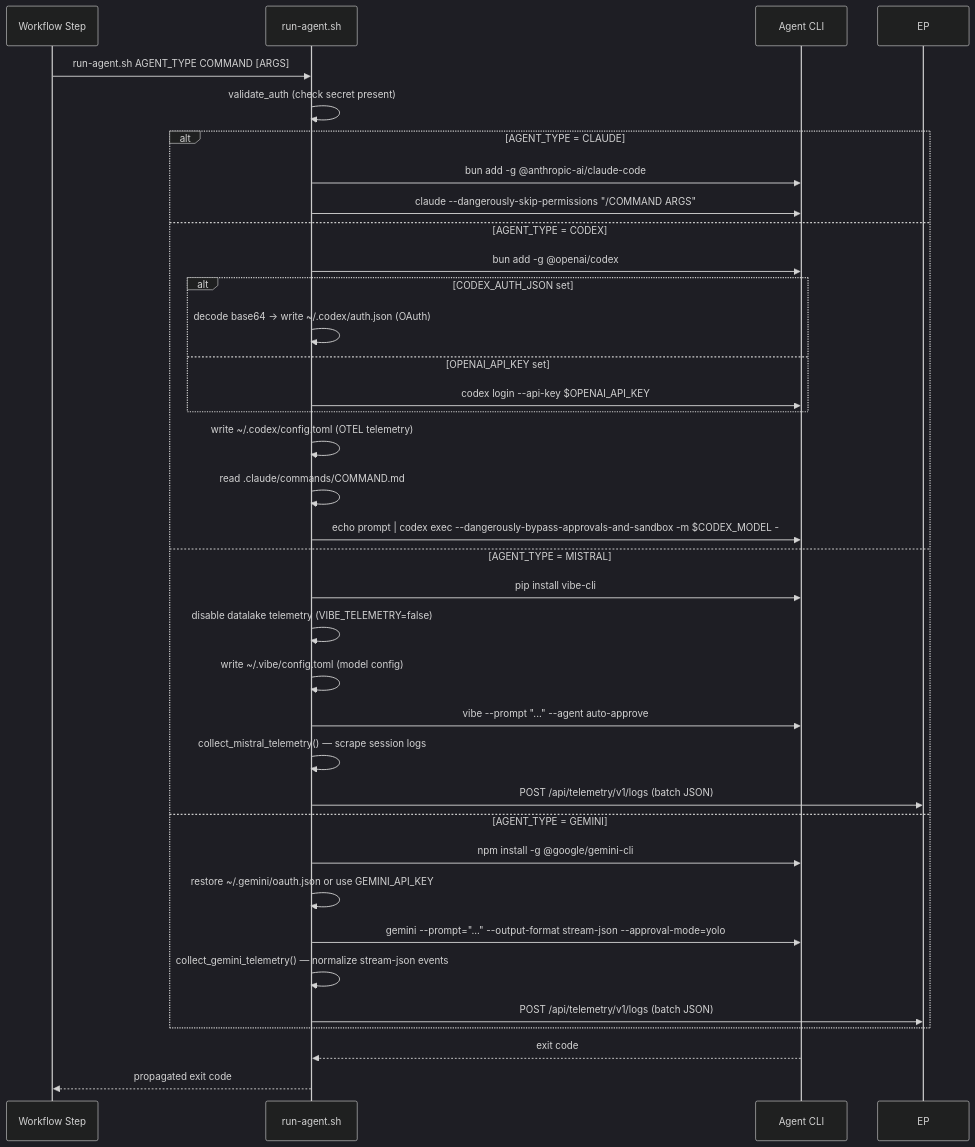
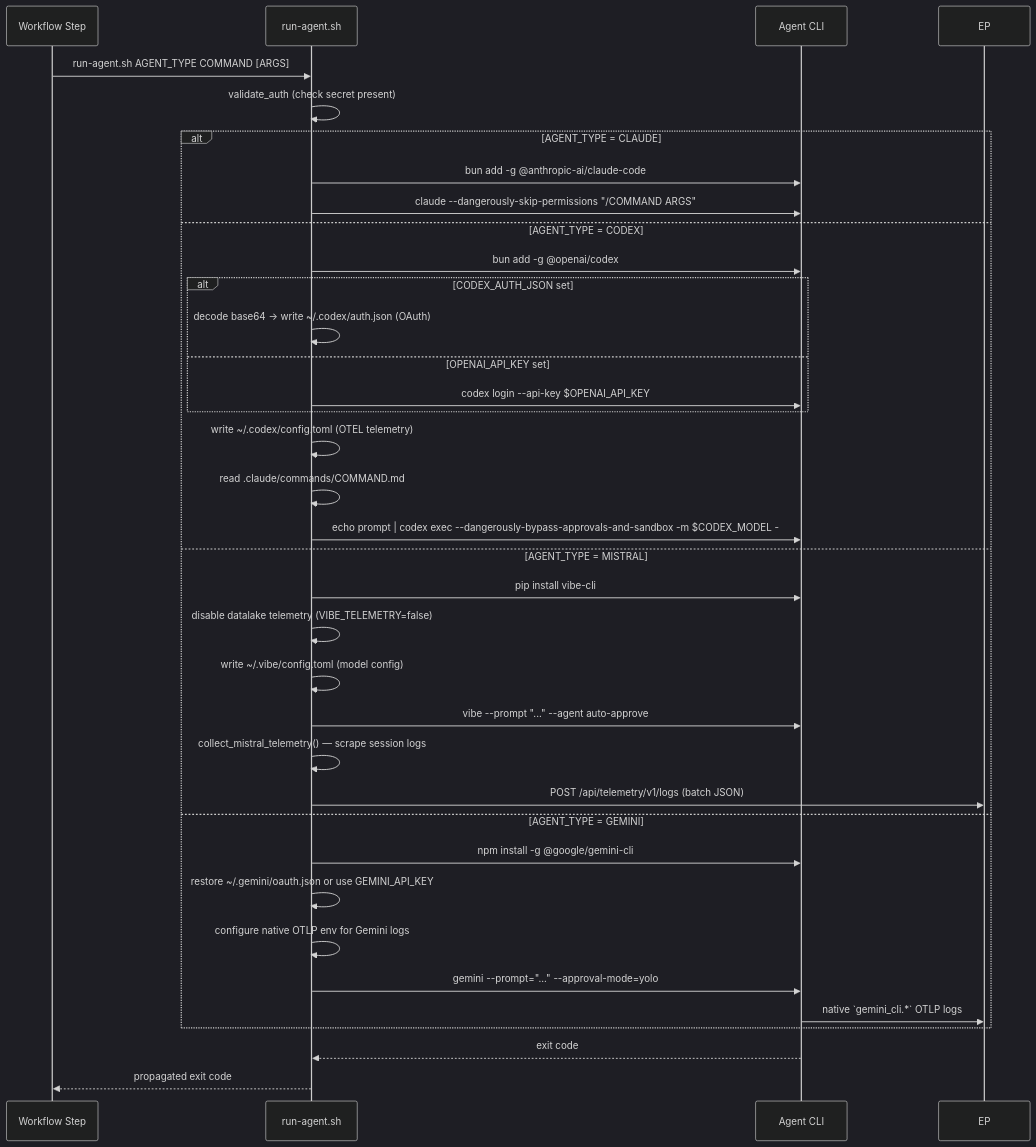
The second of 5 diagrams in specs/specifications/technical/implementation/integrations.md (bfernandez31/ai-board), drawn with Mermaid (dark theme) before and after one commit. The commit also changed other lines of this file and 15 other files, not shown here.

Commit message:
Switch Gemini telemetry to native OTLP

````diff
--- a/specs/specifications/technical/implementation/integrations.md
+++ b/specs/specifications/technical/implementation/integrations.md
@@ -494,38 +494,38 @@
 ```mermaid
 sequenceDiagram
     participant WF as Workflow Step
     participant RS as run-agent.sh
     participant CLI as Agent CLI
 
     WF->>RS: run-agent.sh AGENT_TYPE COMMAND [ARGS]
     RS->>RS: validate_auth (check secret present)
     alt AGENT_TYPE = CLAUDE
         RS->>CLI: bun add -g @anthropic-ai/claude-code
         RS->>CLI: claude --dangerously-skip-permissions "/COMMAND ARGS"
     else AGENT_TYPE = CODEX
         RS->>CLI: bun add -g @openai/codex
         alt CODEX_AUTH_JSON set
             RS->>RS: decode base64 → write ~/.codex/auth.json (OAuth)
         else OPENAI_API_KEY set
             RS->>CLI: codex login --api-key $OPENAI_API_KEY
         end
         RS->>RS: write ~/.codex/config.toml (OTEL telemetry)
         RS->>RS: read .claude/commands/COMMAND.md
         RS->>CLI: echo prompt | codex exec --dangerously-bypass-approvals-and-sandbox -m $CODEX_MODEL -
     else AGENT_TYPE = MISTRAL
         RS->>CLI: pip install vibe-cli
         RS->>RS: disable datalake telemetry (VIBE_TELEMETRY=false)
         RS->>RS: write ~/.vibe/config.toml (model config)
         RS->>CLI: vibe --prompt "..." --agent auto-approve
         RS->>RS: collect_mistral_telemetry() — scrape session logs
         RS->>EP: POST /api/telemetry/v1/logs (batch JSON)
     else AGENT_TYPE = GEMINI
         RS->>CLI: npm install -g @google/gemini-cli
         RS->>RS: restore ~/.gemini/oauth.json or use GEMINI_API_KEY
-        RS->>CLI: gemini --prompt="..." --output-format stream-json --approval-mode=yolo
-        RS->>RS: collect_gemini_telemetry() — normalize stream-json events
-        RS->>EP: POST /api/telemetry/v1/logs (batch JSON)
+        RS->>RS: configure native OTLP env for Gemini logs
+        RS->>CLI: gemini --prompt="..." --approval-mode=yolo
+        CLI->>EP: native `gemini_cli.*` OTLP logs
     end
     CLI-->>RS: exit code
     RS-->>WF: propagated exit code
 ```
````
